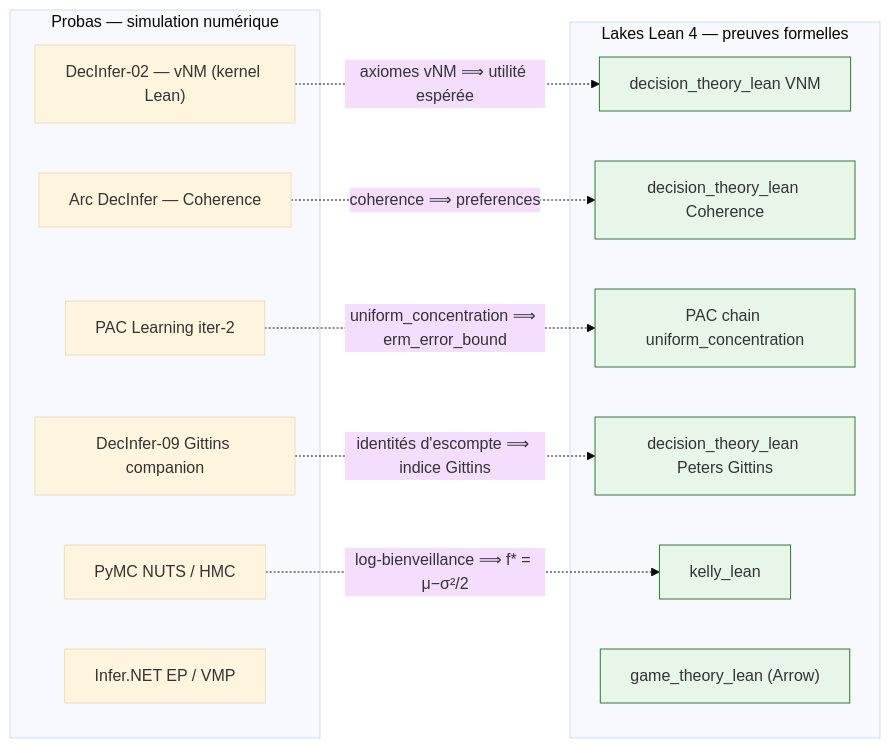
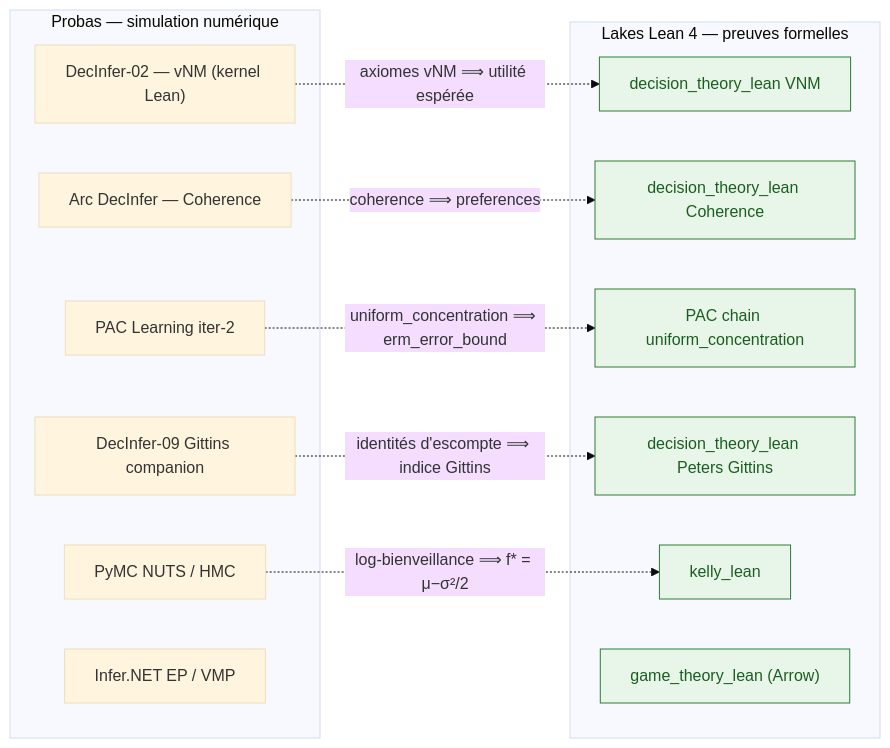
The third of 3 diagrams in MyIA.AI.Notebooks/Probas/README.md (jsboige/CoursIA), drawn with Mermaid (base theme) before and after one commit. The commit also changed other lines of this file, not shown here.

Commit message:
fix(probas,#15022): couleur de texte explicite sur les nœuds mermaid stylés (lisibilité mode sombre) (#15502)
* fix(probas,#15022): explicit text color on styled mermaid nodes (dark-mode readability)

Le libelle des noeuds mermaid a `fill:` fige heritait du texte clair du
theme sombre GitHub -> clair sur clair sur les noeuds a fond clair, alors
que les noeuds sans style (qui suivent le theme) restaient lisibles. C'est
l'asymetrie decrite par le user le 2026-09-08 sur ce README.

Ajout d'un `color:` fonce explicite a chaque `fill:` clair (paires
Bootstrap fond-clair / texte-fonce), sur les 3 blocs du README Probas.
Aucune couleur pedagogique retiree.

* docs(probas,#15022): guard phrase on mermaid %% comments — ton vs stroke, ne pas harmoniser (review NanoClaw point 2)

---------

````diff
--- a/MyIA.AI.Notebooks/Probas/README.md
+++ b/MyIA.AI.Notebooks/Probas/README.md
@@ -626,33 +628,34 @@
 ```mermaid
 flowchart LR
     subgraph SIM["Probas — simulation numérique"]
         NB_DT["DecInfer-02 — vNM (kernel Lean)"]
         NB_CO["Arc DecInfer — Coherence"]
         NB_GIT["DecInfer-09 Gittins companion"]
         NB_PAC["PAC Learning iter-2"]
         NB_MCMC["PyMC NUTS / HMC"]
         NB_EP["Infer.NET EP / VMP"]
     end
     subgraph LEAN["Lakes Lean 4 — preuves formelles"]
         LK_DT["decision_theory_lean VNM"]
         LK_CO["decision_theory_lean Coherence"]
         LK_PAC["PAC chain uniform_concentration"]
         LK_GIT["decision_theory_lean Peters Gittins"]
         LK_KELLY["kelly_lean"]
         LK_SC["game_theory_lean (Arrow)"]
     end
     NB_DT -. "axiomes vNM ⟹ utilité espérée" .-> LK_DT
     NB_CO -. "coherence ⟹ preferences" .-> LK_CO
     NB_PAC -. "uniform_concentration ⟹ erm_error_bound" .-> LK_PAC
     NB_GIT -. "identités d'escompte ⟹ indice Gittins" .-> LK_GIT
     NB_MCMC -. "log-bienveillance ⟹ f* = μ−σ²/2" .-> LK_KELLY
     %% NB_EP (Infer.NET EP / VMP) = inférence bayésienne approximative ;
     %% la passerelle Dung ↔ argumentation_lean est couverte par le tableau §E ci-dessus (ligne SymbolicAI ↔ Probas),
     %% pas par un lien direct depuis ce nœud de simulation.
-    style LK_DT fill:#e8f5e9,stroke:#2e7d32
-    style LK_CO fill:#e8f5e9,stroke:#2e7d32
-    style LK_PAC fill:#e8f5e9,stroke:#2e7d32
-    style LK_GIT fill:#e8f5e9,stroke:#2e7d32
-    style LK_KELLY fill:#e8f5e9,stroke:#2e7d32
-    style LK_SC fill:#e8f5e9,stroke:#2e7d32
+    %% color: explicite -- sans lui, libelle clair sur fond clair en mode sombre GitHub (#15022) ; ton parfois plus fonce que le stroke (le stroke en couleur de texte rendrait infer illisible) : ne pas harmoniser
+    style LK_DT fill:#e8f5e9,stroke:#2e7d32,color:#1b5e20
+    style LK_CO fill:#e8f5e9,stroke:#2e7d32,color:#1b5e20
+    style LK_PAC fill:#e8f5e9,stroke:#2e7d32,color:#1b5e20
+    style LK_GIT fill:#e8f5e9,stroke:#2e7d32,color:#1b5e20
+    style LK_KELLY fill:#e8f5e9,stroke:#2e7d32,color:#1b5e20
+    style LK_SC fill:#e8f5e9,stroke:#2e7d32,color:#1b5e20
 ```
````
